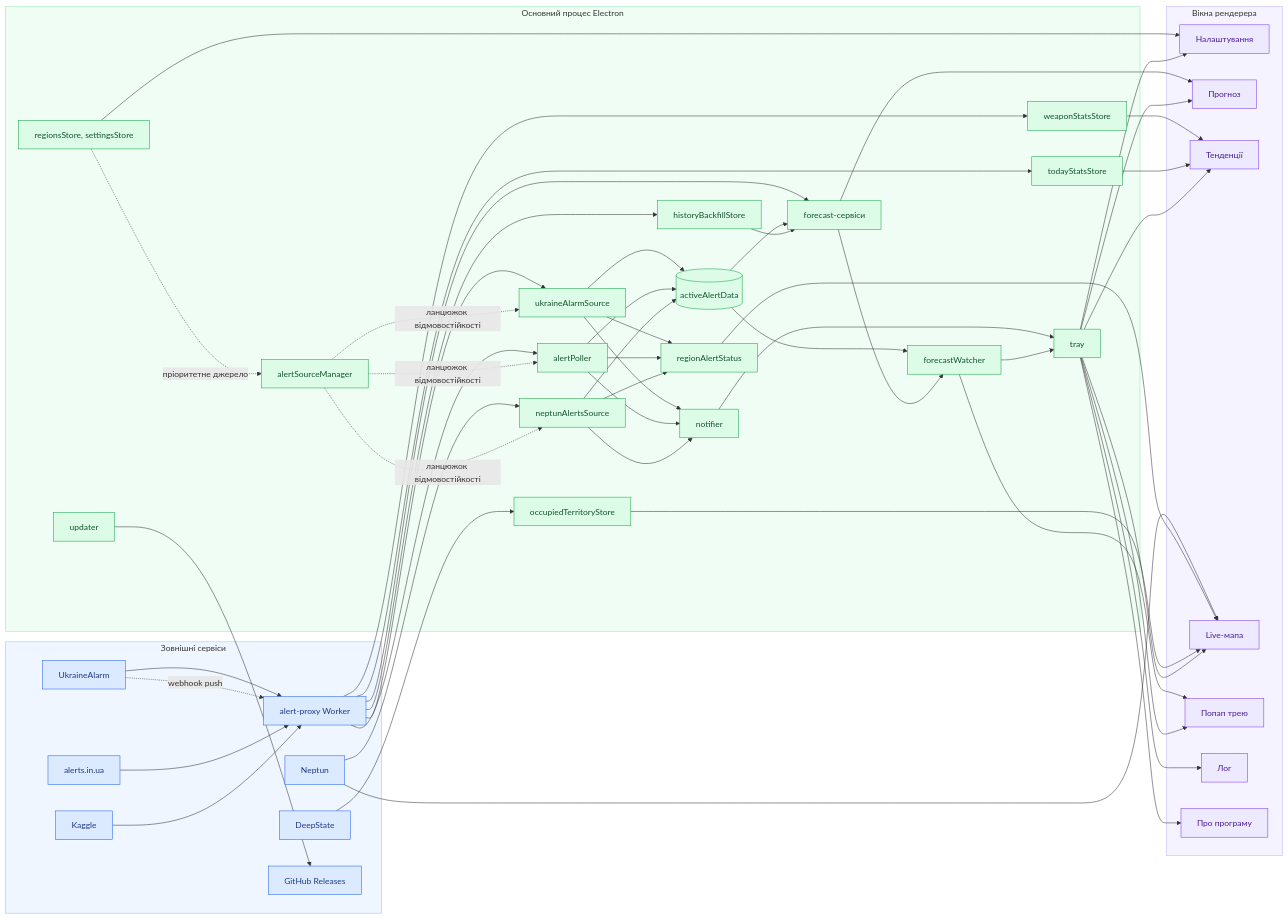
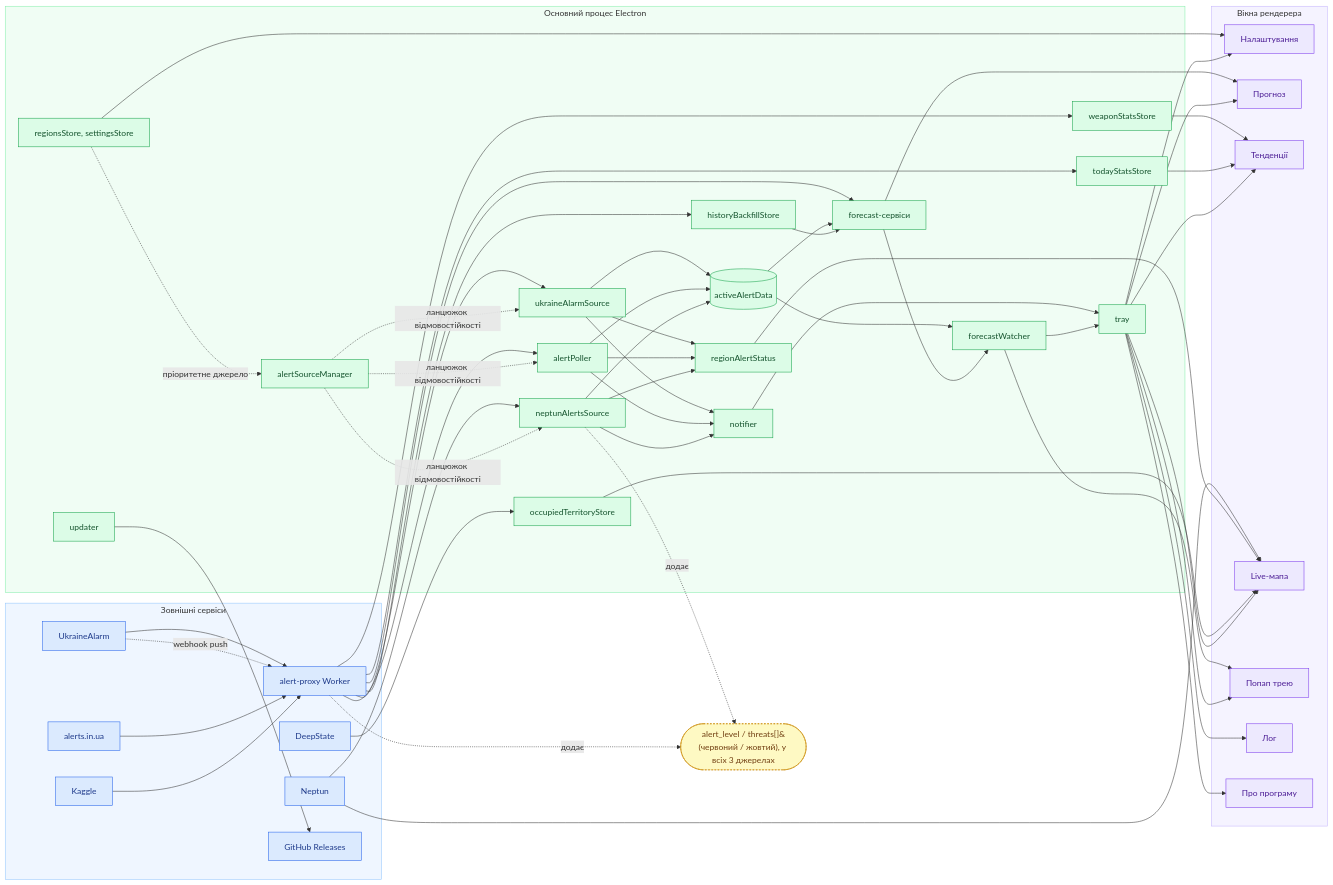
Before and after one commit to sergeiown/Alert_Server: the diagram in docs/diagrams/architecture-uk.mmd, drawn with Mermaid. The commit also changed 3 other files, not shown here.

Commit message:
Update architecture diagram for the new alert_level/threats data

```diff
--- a/docs/diagrams/architecture-uk.mmd
+++ b/docs/diagrams/architecture-uk.mmd
@@ -1,105 +1,111 @@
 flowchart LR
     subgraph ext[Зовнішні сервіси]
         ukrainealarm[UkraineAlarm]
         api[alerts.in.ua]
         proxy[alert-proxy Worker]
         neptun[Neptun]
         deepstate[DeepState]
         kaggle[Kaggle]
         gh[GitHub Releases]
     end
 
     subgraph main[Основний процес Electron]
         sourceManager[alertSourceManager]
         uaSource[ukraineAlarmSource]
         poller[alertPoller]
         altSource[neptunAlertsSource]
         activeData[(activeAlertData)]
         notifier[notifier]
         regionStatus[regionAlertStatus]
         todayStats[todayStatsStore]
         historyBackfill[historyBackfillStore]
         occupied[occupiedTerritoryStore]
         forecast[forecast-сервіси]
         watcher[forecastWatcher]
         weaponStats[weaponStatsStore]
         tray[tray]
         stores[regionsStore, settingsStore]
         updater[updater]
     end
 
     subgraph win[Вікна рендерера]
         settingsWin[Налаштування]
         forecastWin[Прогноз]
         trendsWin[Тенденції]
         liveMapWin[Live-мапа]
         popup[Попап трею]
         logWin[Лог]
         aboutWin[Про програму]
     end
 
     ukrainealarm --> proxy
     ukrainealarm -. webhook push .-> proxy
     api --> proxy
     kaggle --> proxy
     proxy --> uaSource
     proxy --> poller
     proxy --> forecast
     proxy --> weaponStats
     proxy --> todayStats
     proxy --> historyBackfill
     deepstate --> occupied
     neptun --> liveMapWin
     neptun --> altSource
 
+    levelNote(["alert_level / threats[]&#10;(червоний / жовтий), у всіх 3 джерелах"])
+    proxy -. додає .-> levelNote
+    altSource -. додає .-> levelNote
+
     stores -. пріоритетне джерело .-> sourceManager
     sourceManager -. ланцюжок відмовостійкості .-> uaSource
     sourceManager -. ланцюжок відмовостійкості .-> poller
     sourceManager -. ланцюжок відмовостійкості .-> altSource
     uaSource --> activeData
     poller --> activeData
     altSource --> activeData
     uaSource --> notifier
     poller --> notifier
     altSource --> notifier
     uaSource --> regionStatus
     poller --> regionStatus
     altSource --> regionStatus
     notifier --> tray
 
     activeData --> forecast
     activeData --> watcher
     historyBackfill --> forecast
     forecast --> watcher
     watcher --> tray
     watcher --> popup
 
     regionStatus --> liveMapWin
     occupied --> liveMapWin
     weaponStats --> trendsWin
     todayStats --> trendsWin
 
     stores --> settingsWin
     forecast --> forecastWin
 
     tray --> settingsWin
     tray --> forecastWin
     tray --> trendsWin
     tray --> liveMapWin
     tray --> logWin
     tray --> aboutWin
     tray --> popup
 
     updater --> gh
 
     classDef extNode fill:#dbeafe,stroke:#2563eb,color:#1e3a8a
     classDef mainNode fill:#dcfce7,stroke:#16a34a,color:#14532d
     classDef winNode fill:#ede9fe,stroke:#7c3aed,color:#4c1d95
+    classDef noteNode fill:#fef9c3,stroke:#ca8a04,color:#713f12,stroke-dasharray:3 3
 
     class ukrainealarm,api,proxy,neptun,deepstate,kaggle,gh extNode
     class sourceManager,uaSource,poller,altSource,activeData,notifier,regionStatus,todayStats,historyBackfill,occupied,forecast,watcher,weaponStats,tray,stores,updater mainNode
     class settingsWin,forecastWin,trendsWin,liveMapWin,popup,logWin,aboutWin winNode
+    class levelNote noteNode
 
     style ext fill:#eff6ff,stroke:#93c5fd
     style main fill:#f0fdf4,stroke:#86efac
     style win fill:#f5f3ff,stroke:#c4b5fd
```
